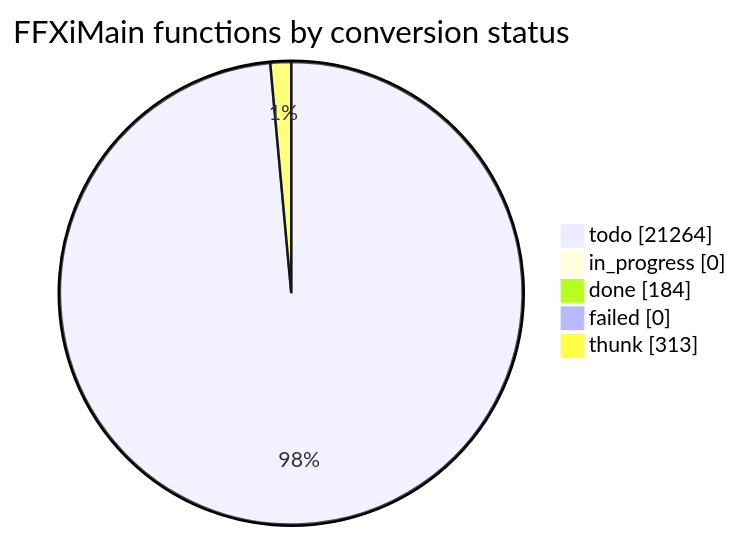
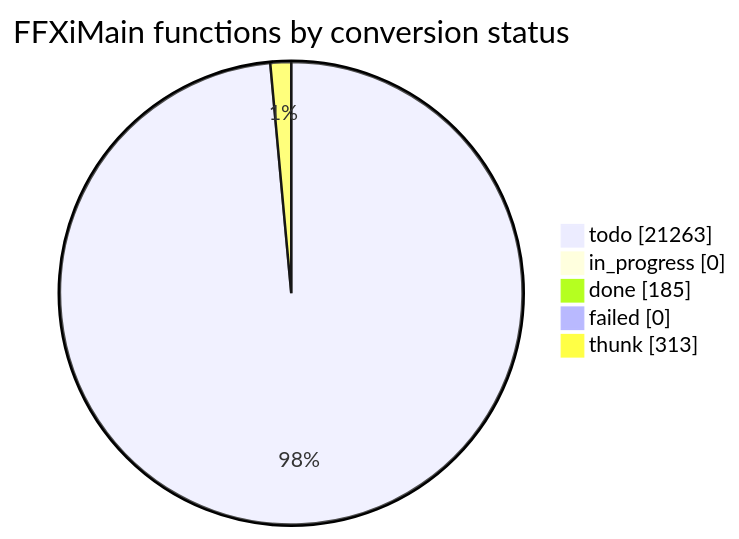
The diagram in docs/cow/STATUS.md (cowrevenge/cow_kuluu_xi_anything), drawn with Mermaid before and after one commit. The commit also changed other lines of this file and 9 other files, not shown here.

````diff
--- a/docs/cow/STATUS.md
+++ b/docs/cow/STATUS.md
@@ -18,9 +18,9 @@
 ```mermaid
 pie showData
     title FFXiMain functions by conversion status
-    "todo" : 21264
+    "todo" : 21263
     "in_progress" : 0
-    "done" : 184
+    "done" : 185
     "failed" : 0
     "thunk" : 313
 ```
````
